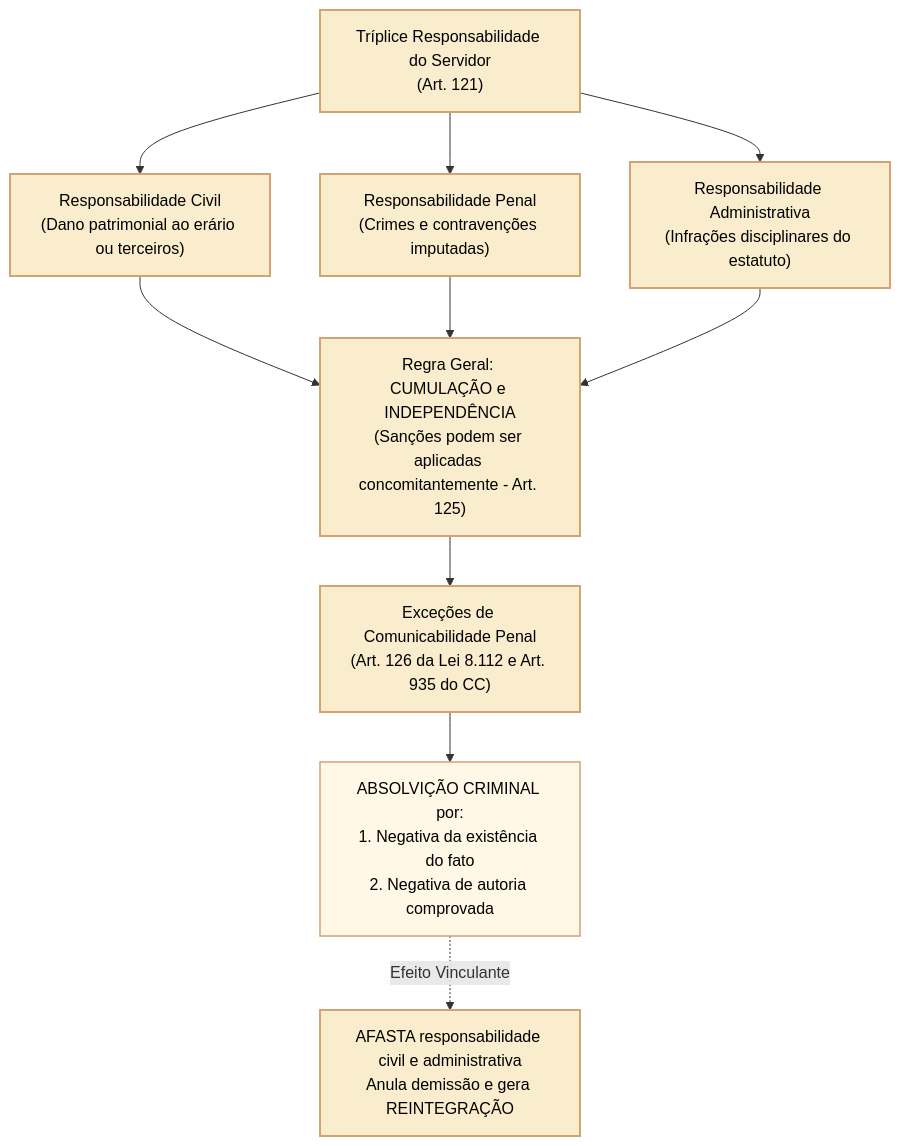
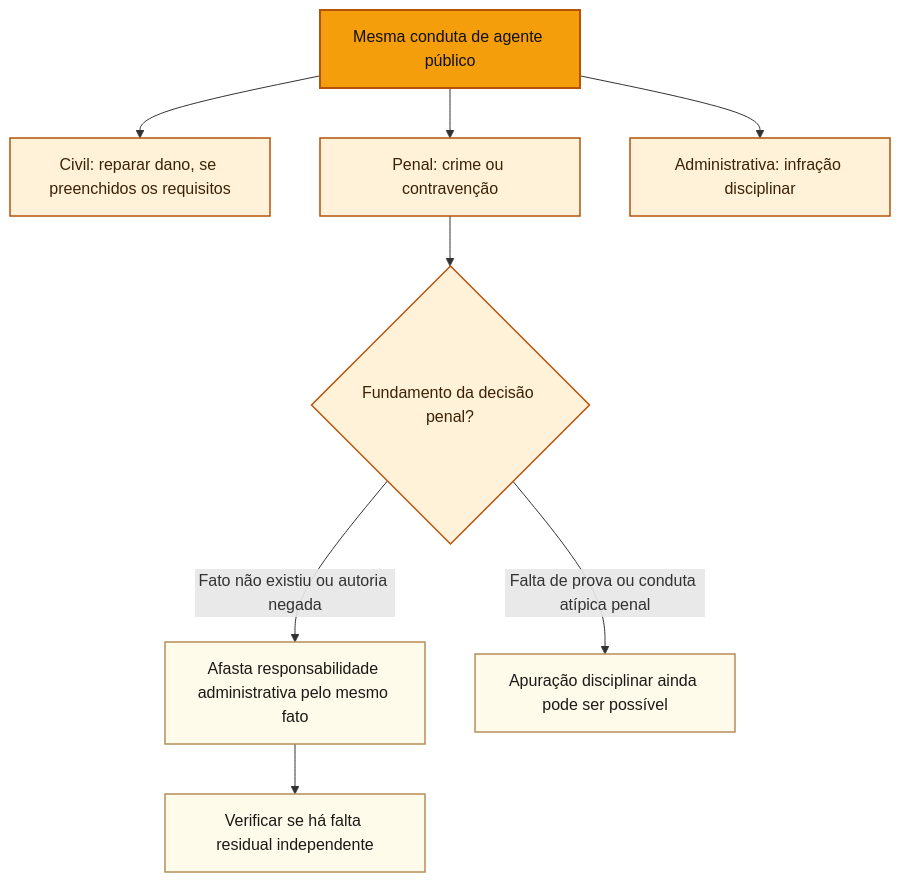
One commit to leorruas/concursos changed the first of 3 diagrams in 3 - Materias/Direito Administrativo/22 - lei 8112 responsabilidades e penalidades disciplinares.md. Above: the diagram before and after it, drawn with Mermaid. The commit also changed other lines of this file, not shown here.

Commit message:
docs(didatica): revisar esferas de responsabilidade e art 126-A da Lei 8112 (DA22)

````diff
--- a/3 - Materias/Direito Administrativo/22 - lei 8112 responsabilidades e penalidades disciplinares.md
+++ b/3 - Materias/Direito Administrativo/22 - lei 8112 responsabilidades e penalidades disciplinares.md
@@ -32,20 +37,15 @@
 ```mermaid
 flowchart TD
-    classDef raiz fill:#faedcd,stroke:#d4a373,stroke-width:2px,color:#000000;
-    classDef criterio fill:#faedcd,stroke:#d4a373,stroke-width:2px,color:#000000;
-    classDef opcao fill:#fff8e7,stroke:#d4a373,stroke-width:1.5px,color:#000000;
+    classDef raiz fill:#f59e0b,stroke:#b45309,stroke-width:2px,color:#111111;
+    classDef criterio fill:#fff2d9,stroke:#b45309,stroke-width:1.5px,color:#3d2207;
+    classDef opcao fill:#fffbeb,stroke:#b68d58,stroke-width:1.5px,color:#1c1917;
 
-    RESP["Tríplice Responsabilidade do Servidor<br>(Art. 121)"]:::raiz
-    
-    RESP --> RC["Responsabilidade Civil<br>(Dano patrimonial ao erário ou terceiros)"]:::criterio
-    RESP --> RP["Responsabilidade Penal<br>(Crimes e contravenções imputadas)"]:::criterio
-    RESP --> RA["Responsabilidade Administrativa<br>(Infrações disciplinares do estatuto)"]:::criterio
-    
-    RC --> CUM["Regra Geral: CUMULAÇÃO e INDEPENDÊNCIA<br>(Sanções podem ser aplicadas concomitantemente - Art. 125)"]:::raiz
-    RP --> CUM
-    RA --> CUM
-    
-    CUM --> EXCEP["Exceções de Comunicabilidade Penal<br>(Art. 126 da Lei 8.112 e Art. 935 do CC)"]:::criterio
-    EXCEP --> NEG["ABSOLVIÇÃO CRIMINAL por:<br>1. Negativa da existência do fato<br>2. Negativa de autoria comprovada"]:::opcao
-    NEG -. "Efeito Vinculante" .-> REPERC["AFASTA responsabilidade civil e administrativa<br>Anula demissão e gera REINTEGRAÇÃO"]:::raiz
+    A["Mesma conduta de agente público"]:::raiz
+    A --> B["Civil: reparar dano, se preenchidos os requisitos"]:::criterio
+    A --> C["Penal: crime ou contravenção"]:::criterio
+    A --> D["Administrativa: infração disciplinar"]:::criterio
+    C --> E{"Fundamento da decisão penal?"}:::criterio
+    E -->|"Fato não existiu ou autoria negada"|F["Afasta responsabilidade administrativa pelo mesmo fato"]:::opcao
+    E -->|"Falta de prova ou conduta atípica penal"|G["Apuração disciplinar ainda pode ser possível"]:::opcao
+    F --> H["Verificar se há falta residual independente"]:::opcao
 ```
````
